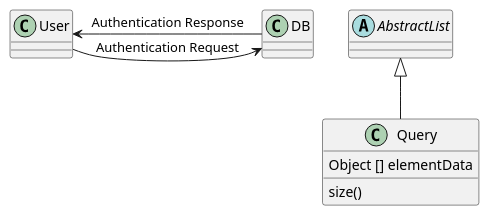
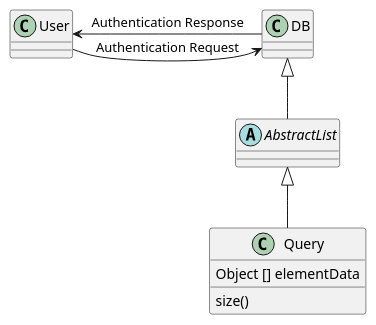
The diagram in test.puml (imarachedder/ReportGenerator), drawn with PlantUML before and after one commit.

```diff
--- a/test.puml
+++ b/test.puml
@@ -1,19 +1,20 @@
 @startuml
 'https://plantuml.com/sequence-diagram
 
 
 abstract class AbstractList
 
 User -> DB: Authentication Request
 DB --> User: Authentication Response
 
 AbstractList <|-- Query
+DB <|== AbstractList
 
 class Query {
     Object [] elementData
     size()
 
 }
 
 
 @enduml
```
